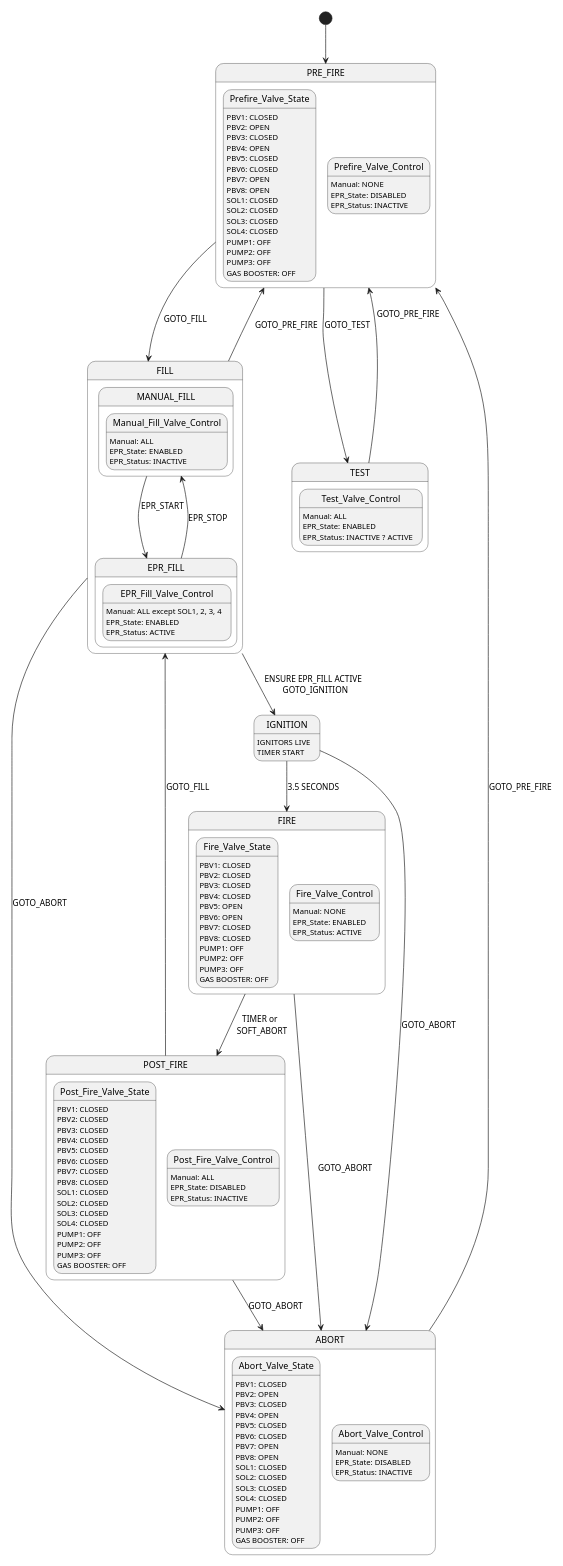
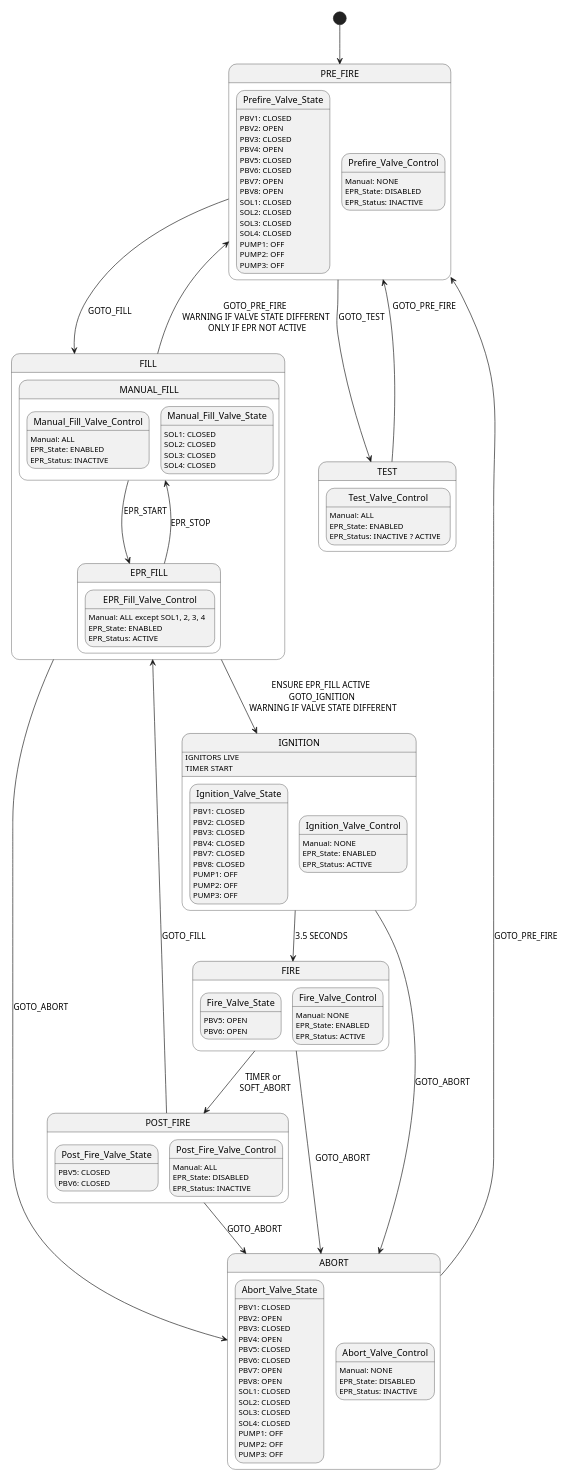
Before and after one commit to Bio-Rocket/LabJack: the diagram in stateMachine.plantuml, drawn with PlantUML.

Commit message:
moving fire conditions to ignition and adding warning

```diff
--- a/stateMachine.plantuml
+++ b/stateMachine.plantuml
@@ -1,141 +1,135 @@
 @startuml stateMachine
 scale 500 width
 [*] --> PRE_FIRE
 PRE_FIRE --> FILL : GOTO_FILL \n
 PRE_FIRE --> TEST : GOTO_TEST
-FILL --> IGNITION : ENSURE EPR_FILL ACTIVE \n GOTO_IGNITION
+FILL --> IGNITION : ENSURE EPR_FILL ACTIVE \n GOTO_IGNITION \n WARNING IF VALVE STATE DIFFERENT
 FILL --> ABORT : GOTO_ABORT
-FILL --> PRE_FIRE : GOTO_PRE_FIRE
+FILL --> PRE_FIRE : GOTO_PRE_FIRE \n WARNING IF VALVE STATE DIFFERENT \n ONLY IF EPR NOT ACTIVE
 IGNITION --> FIRE : 3.5 SECONDS
 IGNITION --> ABORT : GOTO_ABORT
 FIRE --> ABORT : GOTO_ABORT
 FIRE --> POST_FIRE : TIMER or \n SOFT_ABORT
 POST_FIRE --> FILL : GOTO_FILL
 POST_FIRE --> ABORT : GOTO_ABORT
 ABORT --> PRE_FIRE : GOTO_PRE_FIRE
 TEST --> PRE_FIRE : GOTO_PRE_FIRE \n\n
  
 state PRE_FIRE {
   state Prefire_Valve_State: PBV1: CLOSED
   state Prefire_Valve_State: PBV2: OPEN
   state Prefire_Valve_State: PBV3: CLOSED
   state Prefire_Valve_State: PBV4: OPEN
   state Prefire_Valve_State: PBV5: CLOSED
   state Prefire_Valve_State: PBV6: CLOSED
   state Prefire_Valve_State: PBV7: OPEN
   state Prefire_Valve_State: PBV8: OPEN
   state Prefire_Valve_State: SOL1: CLOSED
   state Prefire_Valve_State: SOL2: CLOSED
   state Prefire_Valve_State: SOL3: CLOSED
   state Prefire_Valve_State: SOL4: CLOSED
   state Prefire_Valve_State: PUMP1: OFF
   state Prefire_Valve_State: PUMP2: OFF
   state Prefire_Valve_State: PUMP3: OFF
-  state Prefire_Valve_State: GAS BOOSTER: OFF
  
   state Prefire_Valve_Control
   state Prefire_Valve_Control: Manual: NONE
   state Prefire_Valve_Control: EPR_State: DISABLED
   state Prefire_Valve_Control: EPR_Status: INACTIVE
 }
  
 state FILL {
   state MANUAL_FILL {
     state Manual_Fill_Valve_Control
     state Manual_Fill_Valve_Control: Manual: ALL
     state Manual_Fill_Valve_Control: EPR_State: ENABLED
     state Manual_Fill_Valve_Control: EPR_Status: INACTIVE
+
+    state Manual_Fill_Valve_State: SOL1: CLOSED
+    state Manual_Fill_Valve_State: SOL2: CLOSED
+    state Manual_Fill_Valve_State: SOL3: CLOSED
+    state Manual_Fill_Valve_State: SOL4: CLOSED
   }
  
   MANUAL_FILL ---> EPR_FILL : EPR_START \n\n
  
   state EPR_FILL {
     state EPR_Fill_Valve_Control
     state EPR_Fill_Valve_Control: Manual: ALL except SOL1, 2, 3, 4
     state EPR_Fill_Valve_Control: EPR_State: ENABLED
     state EPR_Fill_Valve_Control: EPR_Status: ACTIVE
   }
  
   EPR_FILL ---> MANUAL_FILL : EPR_STOP
 }
  
 state IGNITION {
   IGNITION : IGNITORS LIVE
   IGNITION : TIMER START
+
+  state Ignition_Valve_State: PBV1: CLOSED
+  state Ignition_Valve_State: PBV2: CLOSED
+  state Ignition_Valve_State: PBV3: CLOSED
+  state Ignition_Valve_State: PBV4: CLOSED
+  state Ignition_Valve_State: PBV7: CLOSED
+  state Ignition_Valve_State: PBV8: CLOSED
+  state Ignition_Valve_State: PUMP1: OFF
+  state Ignition_Valve_State: PUMP2: OFF
+  state Ignition_Valve_State: PUMP3: OFF
+
+  state Ignition_Valve_Control
+  state Ignition_Valve_Control: Manual: NONE
+  state Ignition_Valve_Control: EPR_State: ENABLED
+  state Ignition_Valve_Control: EPR_Status: ACTIVE
 }
  
 state FIRE {
-  state Fire_Valve_State: PBV1: CLOSED
-  state Fire_Valve_State: PBV2: CLOSED
-  state Fire_Valve_State: PBV3: CLOSED
-  state Fire_Valve_State: PBV4: CLOSED
   state Fire_Valve_State: PBV5: OPEN
   state Fire_Valve_State: PBV6: OPEN
-  state Fire_Valve_State: PBV7: CLOSED
-  state Fire_Valve_State: PBV8: CLOSED
-  state Fire_Valve_State: PUMP1: OFF
-  state Fire_Valve_State: PUMP2: OFF
-  state Fire_Valve_State: PUMP3: OFF
-  state Fire_Valve_State: GAS BOOSTER: OFF
- 
+
   state Fire_Valve_Control
   state Fire_Valve_Control: Manual: NONE
   state Fire_Valve_Control: EPR_State: ENABLED
   state Fire_Valve_Control: EPR_Status: ACTIVE
 }
 
 state POST_FIRE {
-  state Post_Fire_Valve_State: PBV1: CLOSED
-  state Post_Fire_Valve_State: PBV2: CLOSED
-  state Post_Fire_Valve_State: PBV3: CLOSED
-  state Post_Fire_Valve_State: PBV4: CLOSED
   state Post_Fire_Valve_State: PBV5: CLOSED
   state Post_Fire_Valve_State: PBV6: CLOSED
-  state Post_Fire_Valve_State: PBV7: CLOSED
-  state Post_Fire_Valve_State: PBV8: CLOSED
-  state Post_Fire_Valve_State: SOL1: CLOSED
-  state Post_Fire_Valve_State: SOL2: CLOSED
-  state Post_Fire_Valve_State: SOL3: CLOSED
-  state Post_Fire_Valve_State: SOL4: CLOSED
-  state Post_Fire_Valve_State: PUMP1: OFF
-  state Post_Fire_Valve_State: PUMP2: OFF
-  state Post_Fire_Valve_State: PUMP3: OFF
-  state Post_Fire_Valve_State: GAS BOOSTER: OFF
- 
+
   state Post_Fire_Valve_Control
   state Post_Fire_Valve_Control: Manual: ALL
   state Post_Fire_Valve_Control: EPR_State: DISABLED
   state Post_Fire_Valve_Control: EPR_Status: INACTIVE
 } 
  
 state ABORT {
   state Abort_Valve_State: PBV1: CLOSED
   state Abort_Valve_State: PBV2: OPEN
   state Abort_Valve_State: PBV3: CLOSED
   state Abort_Valve_State: PBV4: OPEN
   state Abort_Valve_State: PBV5: CLOSED
   state Abort_Valve_State: PBV6: CLOSED
   state Abort_Valve_State: PBV7: OPEN
   state Abort_Valve_State: PBV8: OPEN
   state Abort_Valve_State: SOL1: CLOSED
   state Abort_Valve_State: SOL2: CLOSED
   state Abort_Valve_State: SOL3: CLOSED
   state Abort_Valve_State: SOL4: CLOSED
   state Abort_Valve_State: PUMP1: OFF
   state Abort_Valve_State: PUMP2: OFF
   state Abort_Valve_State: PUMP3: OFF
-  state Abort_Valve_State: GAS BOOSTER: OFF
  
   state Abort_Valve_Control
   state Abort_Valve_Control: Manual: NONE
   state Abort_Valve_Control: EPR_State: DISABLED
   state Abort_Valve_Control: EPR_Status: INACTIVE
 }
  
 state TEST {
   state Test_Valve_Control
   state Test_Valve_Control: Manual: ALL
   state Test_Valve_Control: EPR_State: ENABLED
   state Test_Valve_Control: EPR_Status: INACTIVE ? ACTIVE
 }
 @enduml
```
